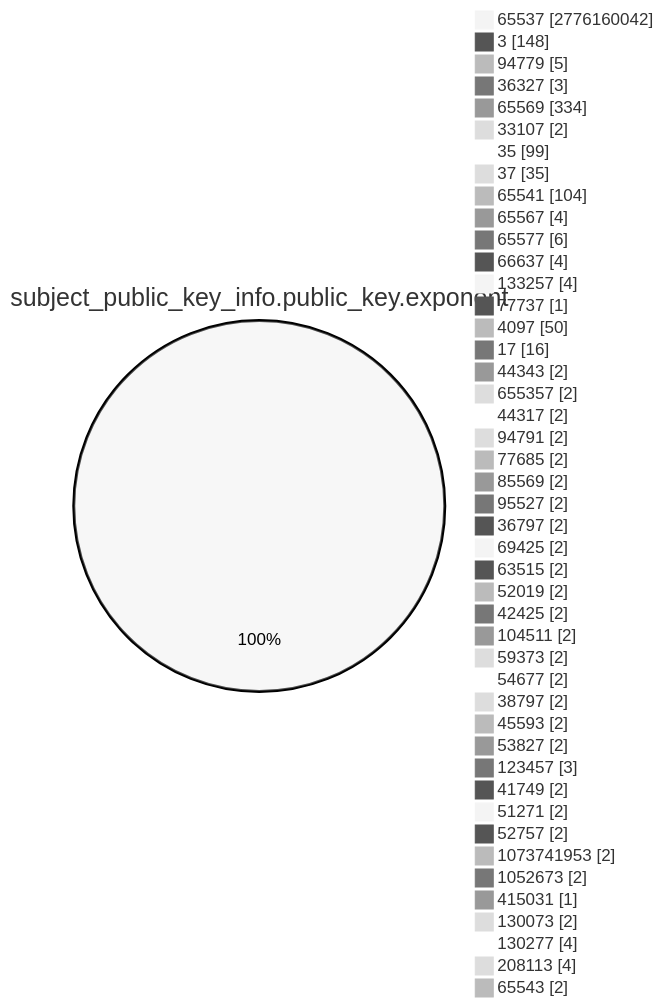
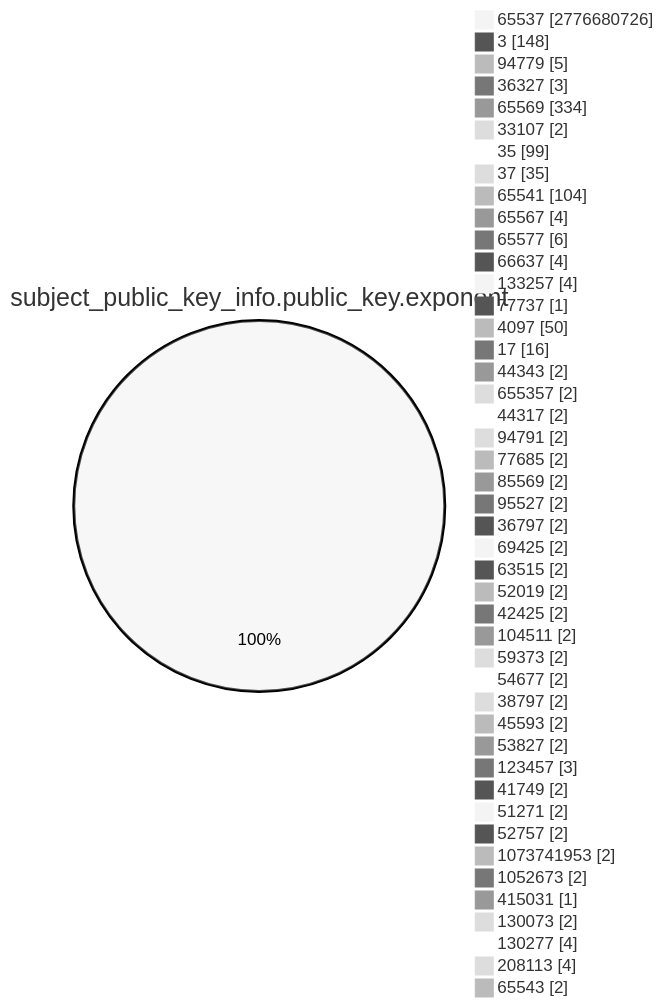
One commit to christiankrug/ctmonitor_visualization changed the fourth of 15 diagrams in TOTAL/README.md. Above: the diagram before and after it, drawn with Mermaid (neutral theme). The commit also changed other lines of this file, not shown here.

````diff
--- a/TOTAL/README.md
+++ b/TOTAL/README.md
@@ -1467,49 +1467,49 @@
 ```mermaid
 pie showData
 title subject_public_key_info.public_key.exponent
-"65537" :2776160042
+"65537" :2776680726
 "3" :148
 "94779" :5
 "36327" :3
 "65569" :334
 "33107" :2
 "35" :99
 "37" :35
 "65541" :104
 "65567" :4
 "65577" :6
 "66637" :4
 "133257" :4
 "77737" :1
 "4097" :50
 "17" :16
 "44343" :2
 "655357" :2
 "44317" :2
 "94791" :2
 "77685" :2
 "85569" :2
 "95527" :2
 "36797" :2
 "69425" :2
 "63515" :2
 "52019" :2
 "42425" :2
 "104511" :2
 "59373" :2
 "54677" :2
 "38797" :2
 "45593" :2
 "53827" :2
 "123457" :3
 "41749" :2
 "51271" :2
 "52757" :2
 "1073741953" :2
 "1052673" :2
 "415031" :1
 "130073" :2
 "130277" :4
 "208113" :4
 "65543" :2
 ```
````
